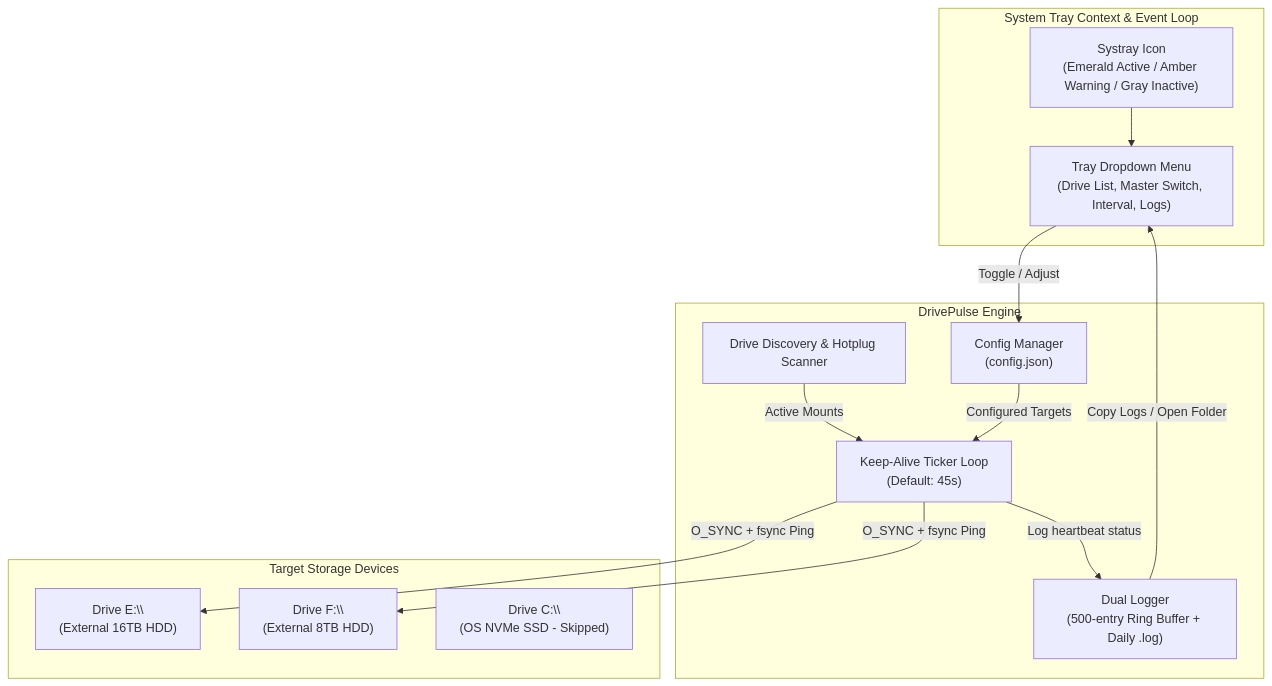
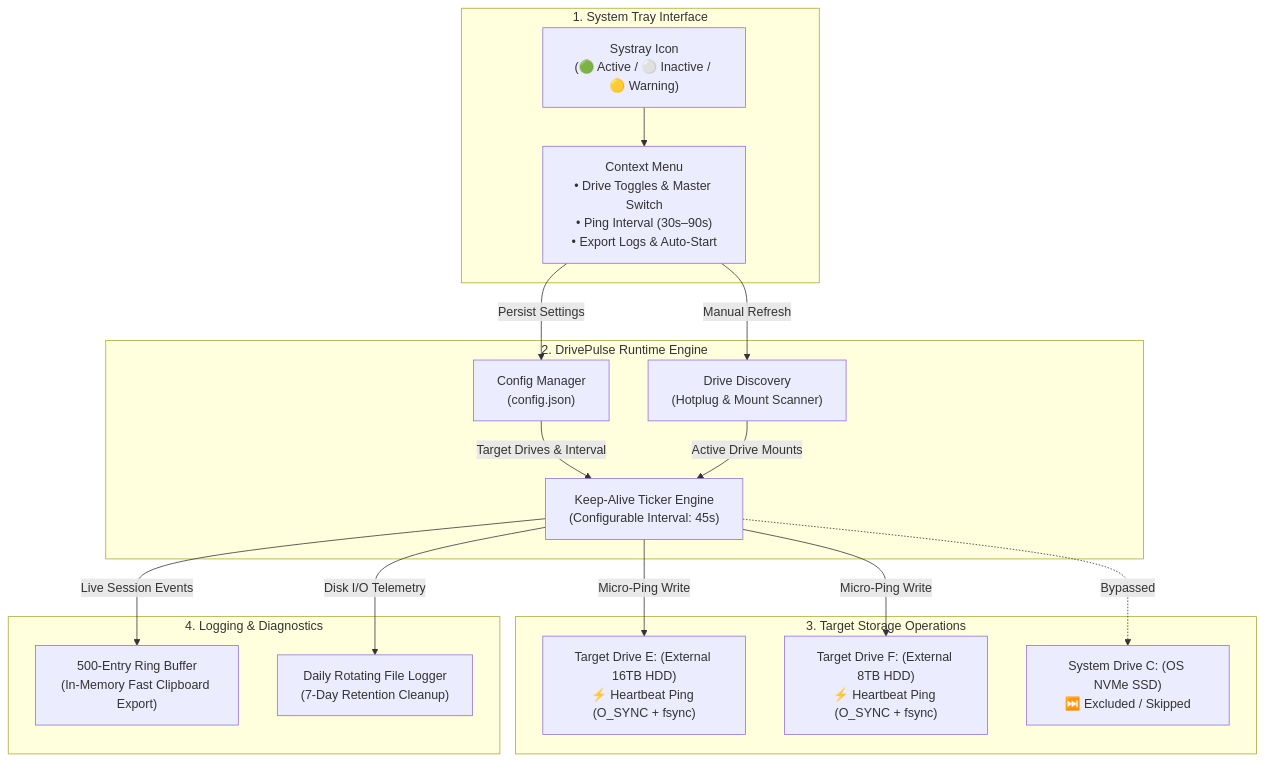
Before and after one commit to sudoShikhar/DrivePulse: the diagram in README.md, drawn with Mermaid. The commit also changed other lines of this file and 1 other file, not shown here.

Commit message:
build(make): add cross-platform BUILD_DATE linker injection
- Dynamically resolve BUILD_DATE across Windows (PowerShell) and Linux (date) in Makefile
- Inject main.BuildDate ldflag alongside main.Version during cross-compilation
- Update README with direct release binary CTA links, checksums, and refined architecture diagram

````diff
--- a/README.md
+++ b/README.md
@@ -87,29 +88,38 @@
 ```mermaid
 flowchart TD
-    subgraph UI["System Tray Context & Event Loop"]
-        Tray["Systray Icon<br/>(Emerald Active / Amber Warning / Gray Inactive)"]
-        Menu["Tray Dropdown Menu<br/>(Drive List, Master Switch, Interval, Logs)"]
+    subgraph UI["1. System Tray Interface"]
+        TrayIcon["Systray Icon<br/>(🟢 Active / ⚪ Inactive / 🟡 Warning)"]
+        TrayMenu["Context Menu<br/>• Drive Toggles & Master Switch<br/>• Ping Interval (30s–90s)<br/>• Export Logs & Auto-Start"]
+        TrayIcon --> TrayMenu
     end
 
-    subgraph Core["DrivePulse Engine"]
-        Engine["Keep-Alive Ticker Loop<br/>(Default: 45s)"]
-        Hotplug["Drive Discovery & Hotplug Scanner"]
-        State["Config Manager<br/>(config.json)"]
-        Logger["Dual Logger<br/>(500-entry Ring Buffer + Daily .log)"]
+    subgraph Core["2. DrivePulse Runtime Engine"]
+        Config["Config Manager<br/>(config.json)"]
+        Scanner["Drive Discovery<br/>(Hotplug & Mount Scanner)"]
+        Engine["Keep-Alive Ticker Engine<br/>(Configurable Interval: 45s)"]
+
+        Config -->|Target Drives & Interval| Engine
+        Scanner -->|Active Drive Mounts| Engine
     end
 
-    subgraph Targets["Target Storage Devices"]
-        DriveE["Drive E:\\<br/>(External 16TB HDD)"]
-        DriveF["Drive F:\\<br/>(External 8TB HDD)"]
-        DriveC["Drive C:\\<br/>(OS NVMe SSD - Skipped)"]
+    subgraph Storage["3. Target Storage Operations"]
+        DriveE["Target Drive E: (External 16TB HDD)<br/>⚡ Heartbeat Ping (O_SYNC + fsync)"]
+        DriveF["Target Drive F: (External 8TB HDD)<br/>⚡ Heartbeat Ping (O_SYNC + fsync)"]
+        DriveC["System Drive C: (OS NVMe SSD)<br/>⏭️ Excluded / Skipped"]
     end
 
-    Tray --> Menu
-    Menu -->|Toggle / Adjust| State
-    State -->|Configured Targets| Engine
-    Hotplug -->|Active Mounts| Engine
-    Engine -->|O_SYNC + fsync Ping| DriveE
-    Engine -->|O_SYNC + fsync Ping| DriveF
-    Engine -->|Log heartbeat status| Logger
-    Logger -->|Copy Logs / Open Folder| Menu
+    subgraph Diagnostics["4. Logging & Diagnostics"]
+        RingBuf["500-Entry Ring Buffer<br/>(In-Memory Fast Clipboard Export)"]
+        DiskLog["Daily Rotating File Logger<br/>(7-Day Retention Cleanup)"]
+    end
+
+    TrayMenu -->|Persist Settings| Config
+    TrayMenu -->|Manual Refresh| Scanner
+
+    Engine -->|Micro-Ping Write| DriveE
+    Engine -->|Micro-Ping Write| DriveF
+    Engine -.->|Bypassed| DriveC
+
+    Engine -->|Live Session Events| RingBuf
+    Engine -->|Disk I/O Telemetry| DiskLog
 ```
````
